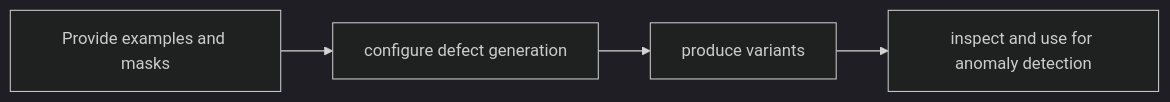
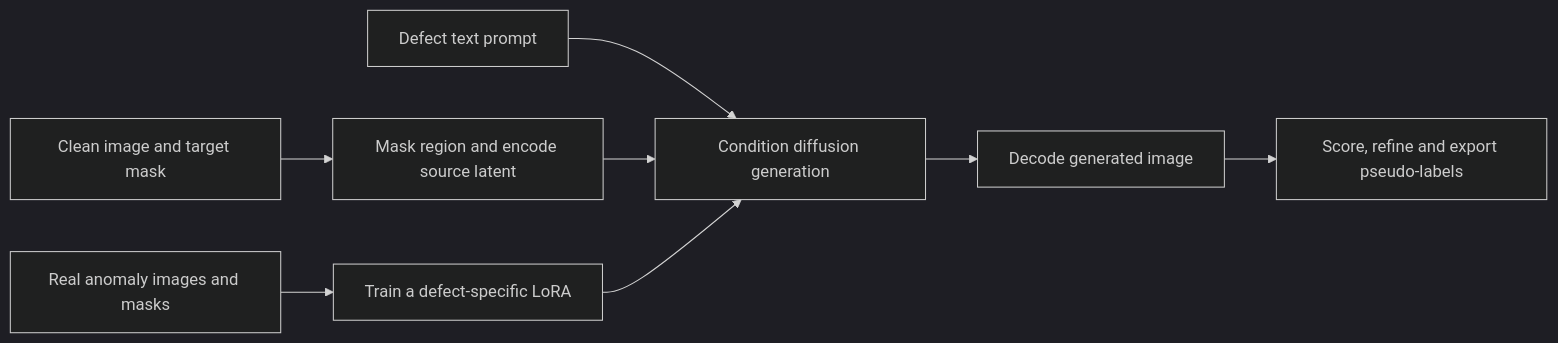
Before and after one commit to james-joobs/awesome-nvidia-physical-ai: the diagram in docs/en/anomalygen.md, drawn with Mermaid (dark theme). The commit also changed other lines of this file and 187 other files, not shown here.

Commit message:
Expand bilingual guides with official architecture references

````diff
--- a/docs/en/anomalygen.md
+++ b/docs/en/anomalygen.md
@@ -15,7 +13,10 @@
 ```mermaid
 flowchart LR
-    n0["Provide examples and masks"] --> n1
-    n1["configure defect generation"] --> n2
-    n2["produce variants"] --> n3
-    n3["inspect and use for anomaly detection"]
+    A["Real anomaly images and masks"] --> B["Train a defect-specific LoRA"]
+    C["Clean image and target mask"] --> D["Mask region and encode source latent"]
+    E["Defect text prompt"] --> F["Condition diffusion generation"]
+    D --> F
+    B --> F
+    F --> G["Decode generated image"]
+    G --> H["Score, refine and export pseudo-labels"]
 ```
````
